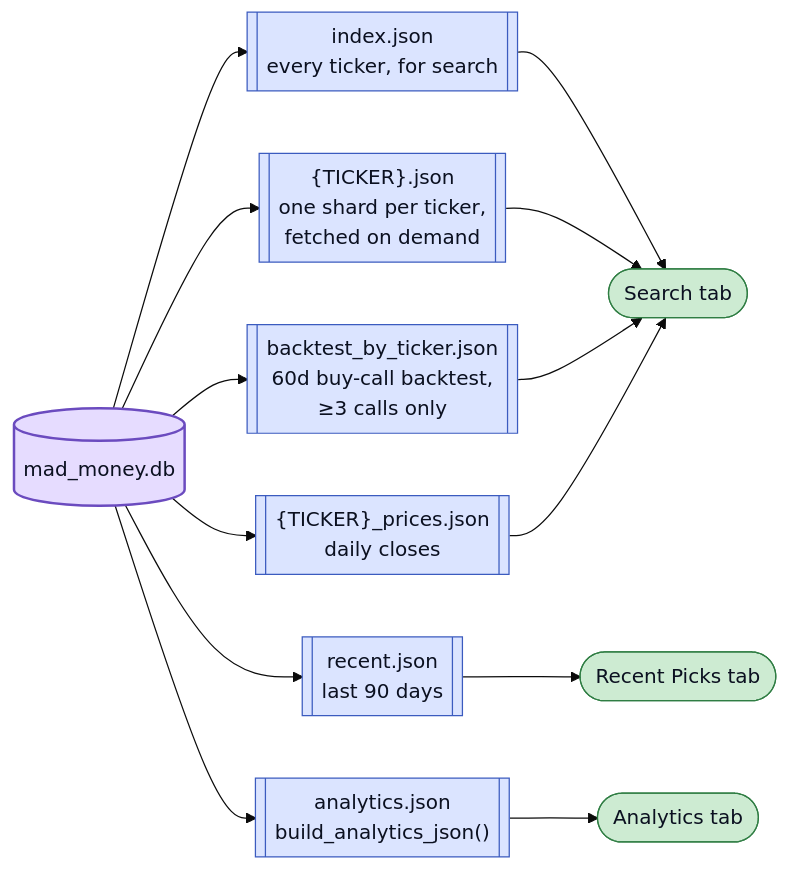
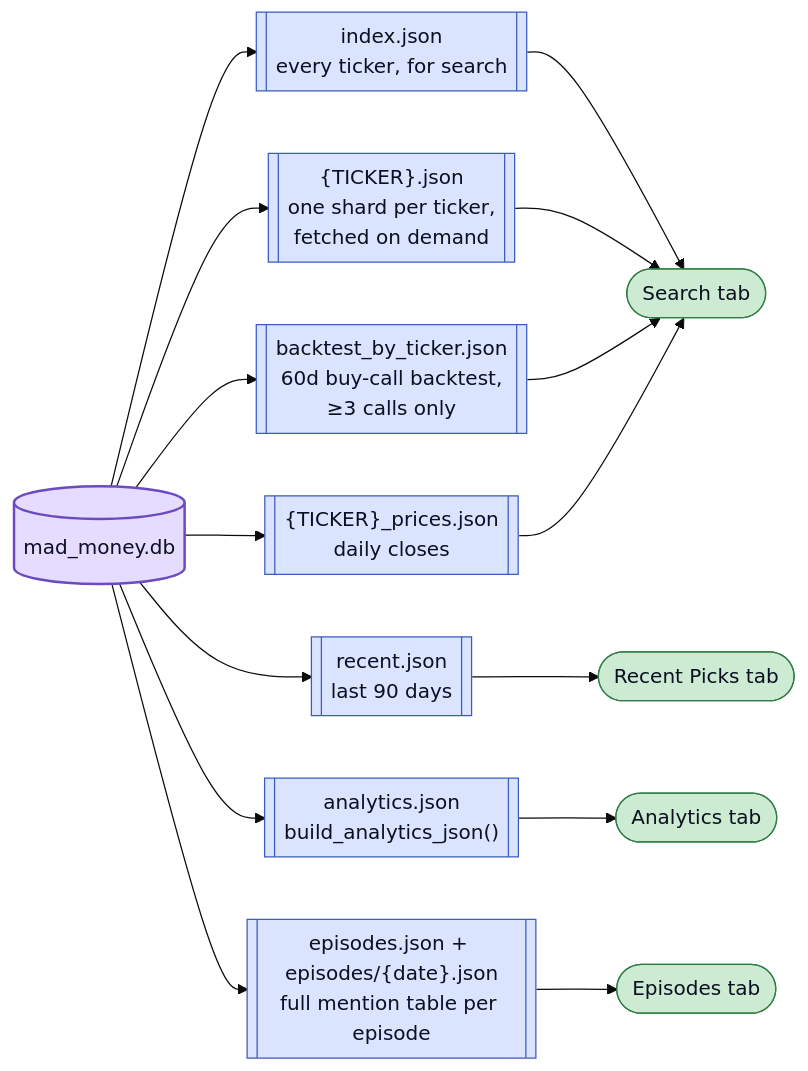
One commit to jf-silverman/yt-words changed the second of 3 diagrams in notes/data-flow.md. Above: the diagram before and after it, drawn with Mermaid (base theme). The commit also changed 2 other files, not shown here.

Commit message:
Add an Episodes tab with each night's full mention table
The nightly email now shows only the recipient's own holdings, so the complete
per-episode list needed a home. New tab on stocks.html: pick an episode, get
every mention with ticker, company, sentiment, segment, closing price and note,
filterable by segment, with each ticker linking through to its Search card.

Data mirrors the per-ticker shard pattern — episodes.json is a small index
(8.9 KB, 117 episodes) loaded when the tab opens, and episodes/{date}.json holds
one episode's mentions (~8 KB) fetched on demand, so the 908 KB total never
loads at once. episodes.json is added to the pruner's `reserved` set; the
episodes/ subdirectory is already safe because the pruner globs *.json
non-recursively.

Placeholder (????) rows are included here, unlike elsewhere on the site. They
are excluded from search and Recent Picks because every unidentified company
collapses into one bogus entry — which cannot happen in a per-episode table
where each row stands on its own date. Omitting them would make a table labelled
"full mentions" quietly incomplete. They render as "unidentified" with the note
intact.

````diff
--- a/notes/data-flow.md
+++ b/notes/data-flow.md
@@ -99,24 +99,26 @@
 ```mermaid
 flowchart LR
     DB[("mad_money.db")] --> IDX[["index.json<br/>every ticker, for search"]]
     DB --> SH[["{TICKER}.json<br/>one shard per ticker,<br/>fetched on demand"]]
     DB --> REC[["recent.json<br/>last 90 days"]]
     DB --> ANLY[["analytics.json<br/>build_analytics_json()"]]
     DB --> BT[["backtest_by_ticker.json<br/>60d buy-call backtest,<br/>&ge;3 calls only"]]
     DB --> PR[["{TICKER}_prices.json<br/>daily closes"]]
+    DB --> EPI[["episodes.json + episodes/{date}.json<br/>full mention table per episode"]]
 
     IDX --> TAB1(["Search tab"])
     SH --> TAB1
     BT --> TAB1
     PR --> TAB1
+    EPI --> TAB4(["Episodes tab"])
     REC --> TAB2(["Recent Picks tab"])
     ANLY --> TAB3(["Analytics tab"])
 
     classDef default fill:#f4f5f8,stroke:#6b7280,stroke-width:1px,color:#0b1020
     classDef store   fill:#dbe4ff,stroke:#3b5bbf,stroke-width:1px,color:#0b1020
     classDef out     fill:#cdebd2,stroke:#2f7d43,stroke-width:1px,color:#0b1020
     classDef store_db fill:#e6dcff,stroke:#6b4bbf,stroke-width:2px,color:#0b1020
-    class IDX,SH,REC,ANLY,BT,PR store
-    class TAB1,TAB2,TAB3 out
+    class IDX,SH,REC,ANLY,BT,PR,EPI store
+    class TAB1,TAB2,TAB3,TAB4 out
     class DB store_db
 ```
````
